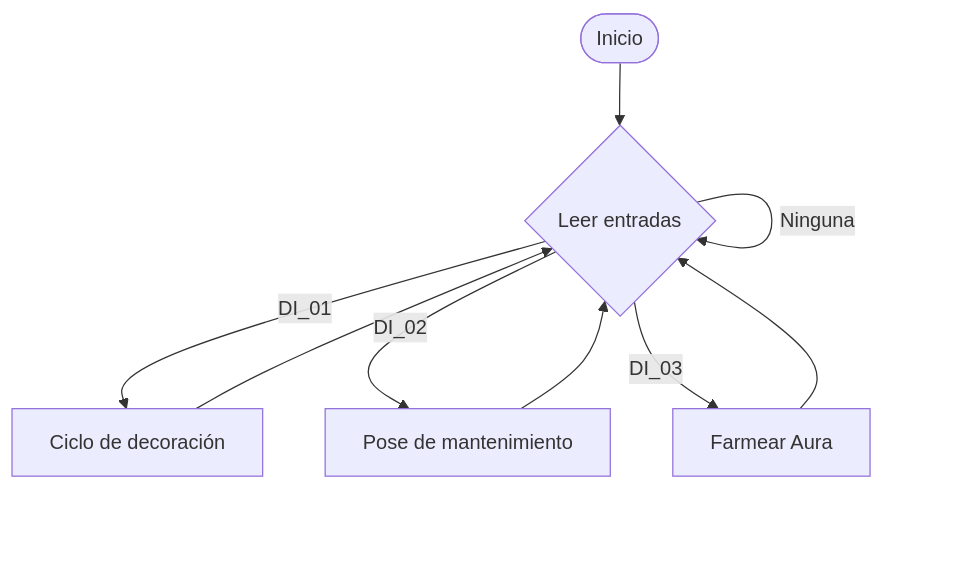
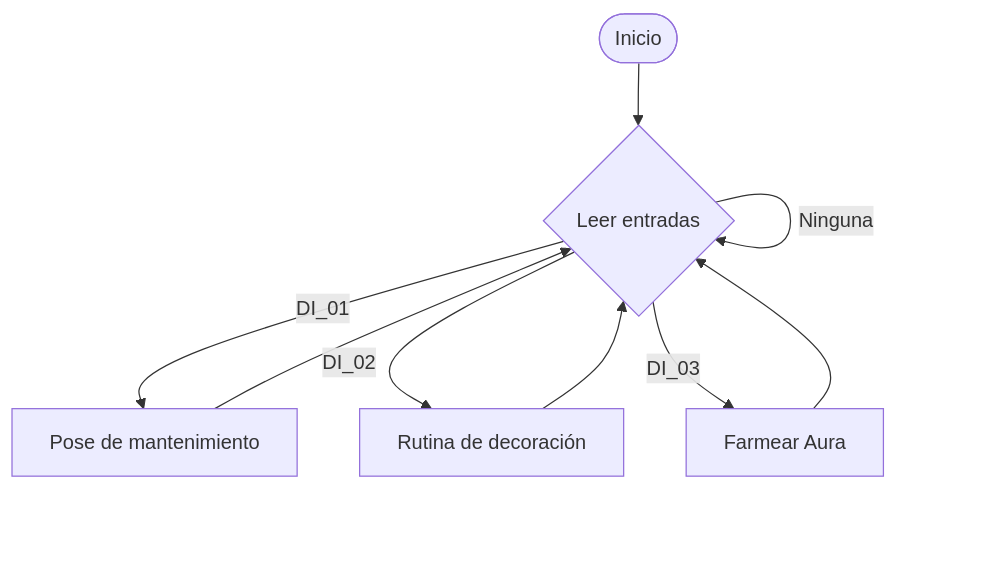
The first of 3 diagrams in Laboratorio No. 01 - Robótica Industrial ABB IRB140 y RobotStudio/README.MD (labsir-un/Robotica_2026-II_Grupo_3A_Jordan_Vargas), drawn with Mermaid before and after one commit.

````diff
--- a/Laboratorio No. 01 - Robótica Industrial ABB IRB140 y RobotStudio/README.MD
+++ b/Laboratorio No. 01 - Robótica Industrial ABB IRB140 y RobotStudio/README.MD
@@ -121,11 +121,11 @@
 ```mermaid
 flowchart TD
     S([Inicio]) --> W{Leer entradas}
-    W -- "DI_01" --> C1[Ciclo de decoración]
-    W -- "DI_02" --> C2[Pose de mantenimiento]
+    W -- "DI_01" --> C1[Pose de mantenimiento]
+    W -- "DI_02" --> C2[Rutina de decoración]
     W -- "DI_03" --> C3[Farmear Aura]
     W -- "Ninguna" --> W
     C1 --> W
     C2 --> W
     C3 --> W
 ```
````
